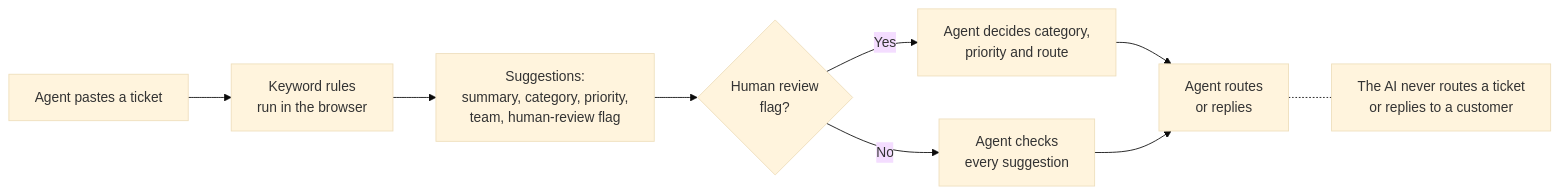
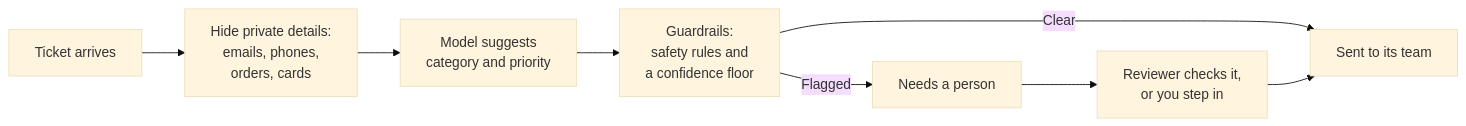
The diagram in README.md (GoudyMT/ai-support-desk-triage), drawn with Mermaid (base theme) before and after one commit. The commit also changed other lines of this file and 2 other files, not shown here.

````diff
--- a/README.md
+++ b/README.md
@@ -37,11 +27,10 @@
 ```mermaid
 flowchart LR
-    A["Agent pastes a ticket"] --> B["Keyword rules<br/>run in the browser"]
-    B --> C["Suggestions:<br/>summary, category, priority,<br/>team, human-review flag"]
-    C --> D{"Human review<br/>flag?"}
-    D -- "Yes" --> E["Agent decides category,<br/>priority and route"]
-    D -- "No" --> F["Agent checks<br/>every suggestion"]
-    E --> G["Agent routes<br/>or replies"]
-    F --> G
-    G -.- N["The AI never routes a ticket<br/>or replies to a customer"]
+    A["Ticket arrives"] --> B["Hide private details:<br/>emails, phones,<br/>orders, cards"]
+    B --> C["Model suggests<br/>category and priority"]
+    C --> D["Guardrails:<br/>safety rules and<br/>a confidence floor"]
+    D -- "Clear" --> E["Sent to its team"]
+    D -- "Flagged" --> F["Needs a person"]
+    F --> G["Reviewer checks it,<br/>or you step in"]
+    G --> E
 ```
````
